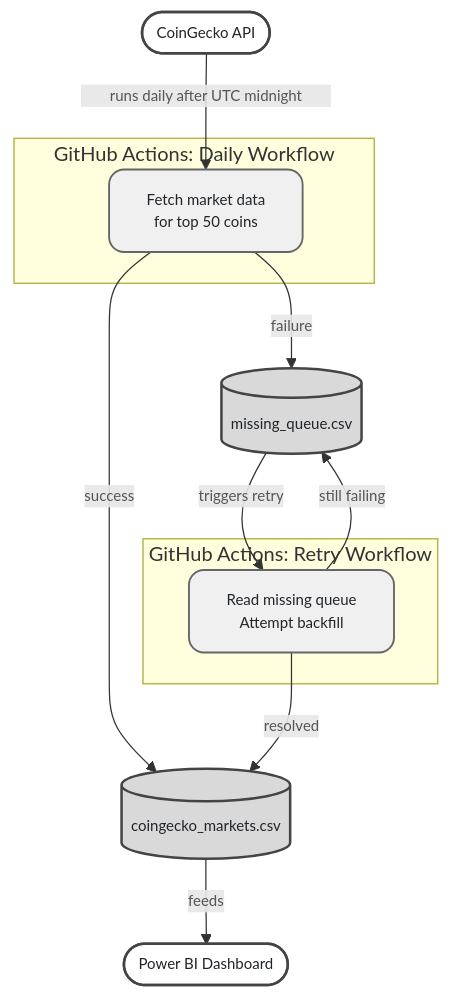
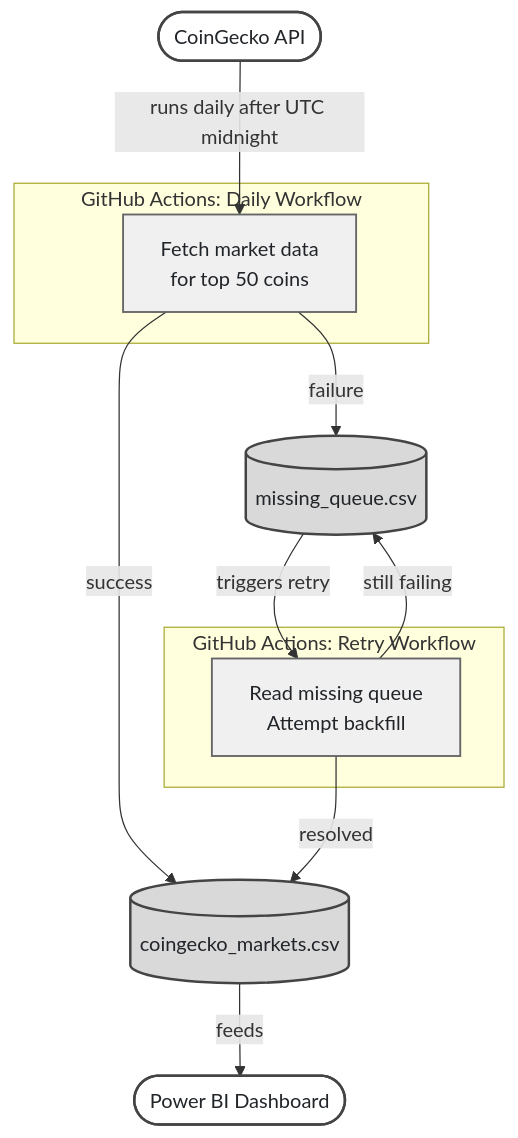
Before and after one commit to M1ck3yJ0/crypto_analytics_pipeline: the diagram in README.md, drawn with Mermaid.

````diff
--- a/README.md
+++ b/README.md
@@ -24,28 +24,25 @@
 ```mermaid
 flowchart TD
     classDef api fill:#ffffff,stroke:#444444,stroke-width:2px,color:#212529
-    classDef action fill:#f0f0f0,stroke:#666666,stroke-width:1.5px,color:#212529,rx:12,ry:12
+    classDef action fill:#f0f0f0,stroke:#666666,stroke-width:1.5px,color:#212529
     classDef storage fill:#d9d9d9,stroke:#444444,stroke-width:2px,color:#212529
     classDef output fill:#ffffff,stroke:#444444,stroke-width:2px,color:#212529
-    classDef label fill:#e8e8e8,stroke:#e8e8e8,color:#555555,font-size:12px
 
     A([CoinGecko API]):::api
 
-    subgraph GHA1 ["GitHub Actions:  Daily Workflow"]
+    subgraph GHA1 ["&nbsp;&nbsp;&nbsp;GitHub Actions: Daily Workflow&nbsp;&nbsp;&nbsp;"]
         B["Fetch market data\nfor top 50 coins"]:::action
     end
 
-    subgraph GHA2 ["
-                    GitHub Actions: Retry Workflow
-                      "]
+    subgraph GHA2 ["&nbsp;&nbsp;&nbsp;GitHub Actions: Retry Workflow&nbsp;&nbsp;&nbsp;"]
         E["Read missing queue\nAttempt backfill"]:::action
     end
 
     A -->|runs daily after UTC midnight| B
-    B -->| success | C[(coingecko_markets.csv)]:::storage
-    B -->| failure | D[(missing_queue.csv)]:::storage
-    D -->| triggers retry | E
-    E -->| resolved | C
-    E -->| still failing | D
-    C -->| feeds | F([Power BI Dashboard]):::output
+    B -->|success| C[(coingecko_markets.csv)]:::storage
+    B -->|failure| D[(missing_queue.csv)]:::storage
+    D -->|triggers retry| E
+    E -->|resolved| C
+    E -->|still failing| D
+    C -->|feeds| F([Power BI Dashboard]):::output
 ```
````
